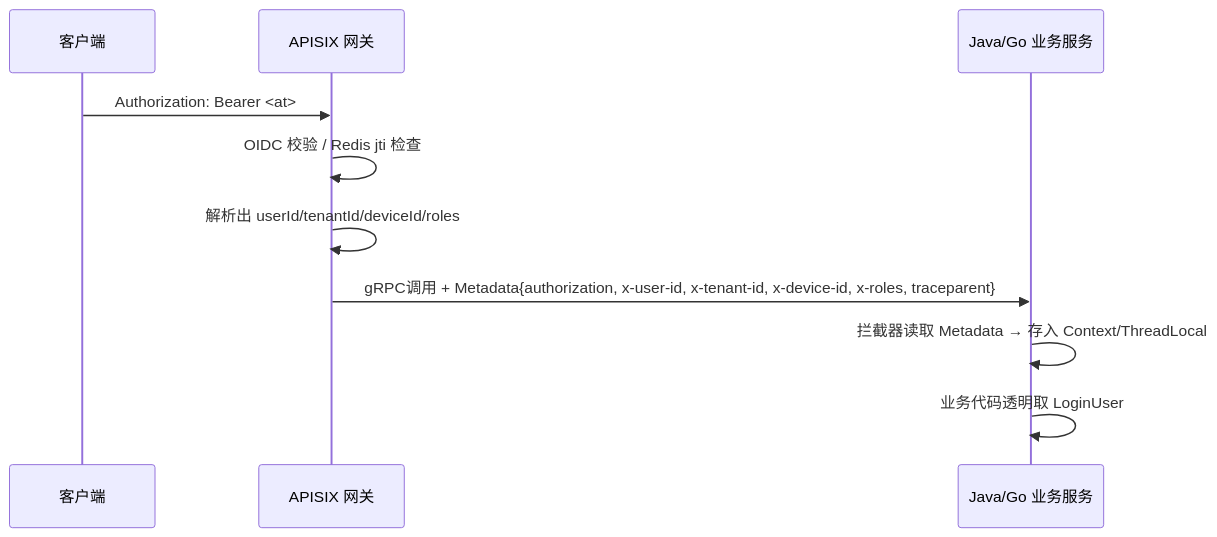
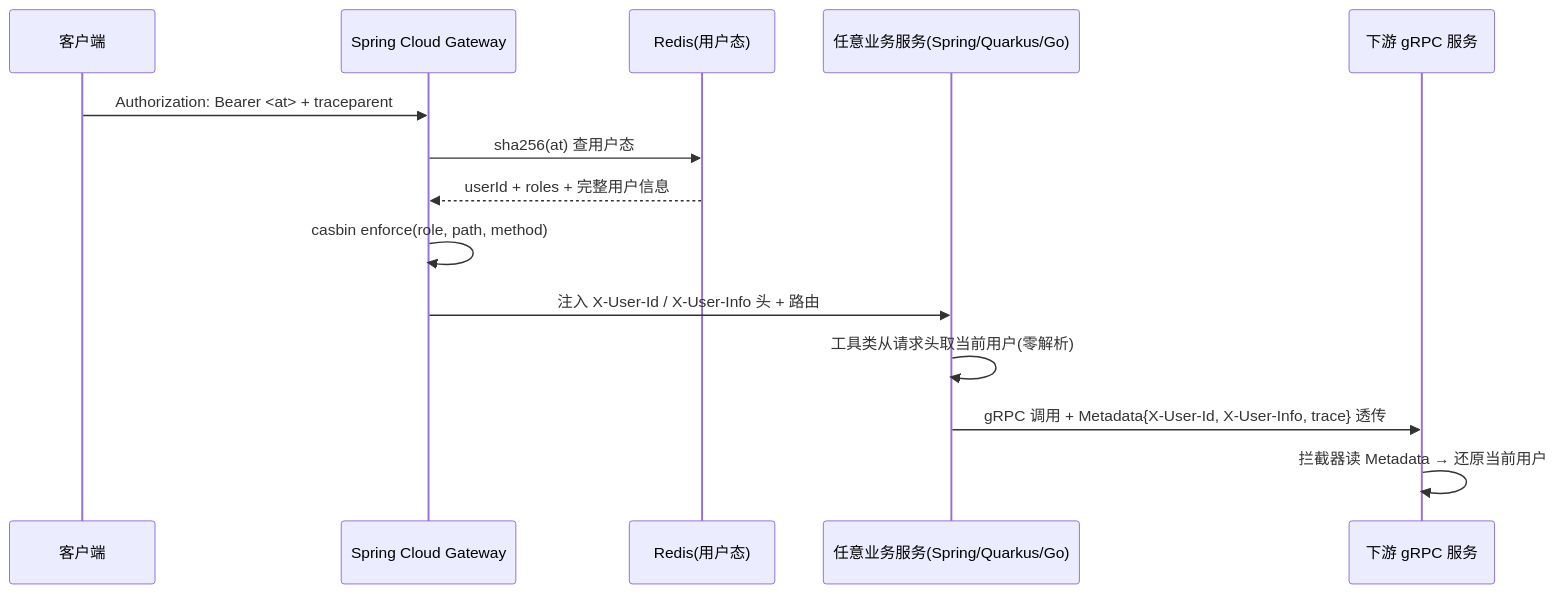
Before and after one commit to BigbearO/my-biz: the second of 5 diagrams in java/xxs-micro/doc/架构.md, drawn with Mermaid. The commit also changed other lines of this file and 5 other files, not shown here.

````diff
--- a/java/xxs-micro/doc/架构.md
+++ b/java/xxs-micro/doc/架构.md
@@ -107,12 +124,16 @@
 ```mermaid
 sequenceDiagram
     participant C as 客户端
-    participant GW as APISIX 网关
-    participant A as Java/Go 业务服务
-    C->>GW: Authorization: Bearer <at>
-    GW->>GW: OIDC 校验 / Redis jti 检查
-    GW->>GW: 解析出 userId/tenantId/deviceId/roles
-    GW->>A: gRPC调用 + Metadata{authorization, x-user-id, x-tenant-id, x-device-id, x-roles, traceparent}
-    A->>A: 拦截器读取 Metadata → 存入 Context/ThreadLocal
-    A->>A: 业务代码透明取 LoginUser
+    participant GW as Spring Cloud Gateway
+    participant R as Redis(用户态)
+    participant Svc as 任意业务服务(Spring/Quarkus/Go)
+    participant G as 下游 gRPC 服务
+    C->>GW: Authorization: Bearer <at>  + traceparent
+    GW->>R: sha256(at) 查用户态
+    R-->>GW: userId + roles + 完整用户信息
+    GW->>GW: casbin enforce(role, path, method)
+    GW->>Svc: 注入 X-User-Id / X-User-Info 头  + 路由
+    Svc->>Svc: 工具类从请求头取当前用户(零解析)
+    Svc->>G: gRPC 调用 + Metadata{X-User-Id, X-User-Info, trace} 透传
+    G->>G: 拦截器读 Metadata → 还原当前用户
 ```
````
